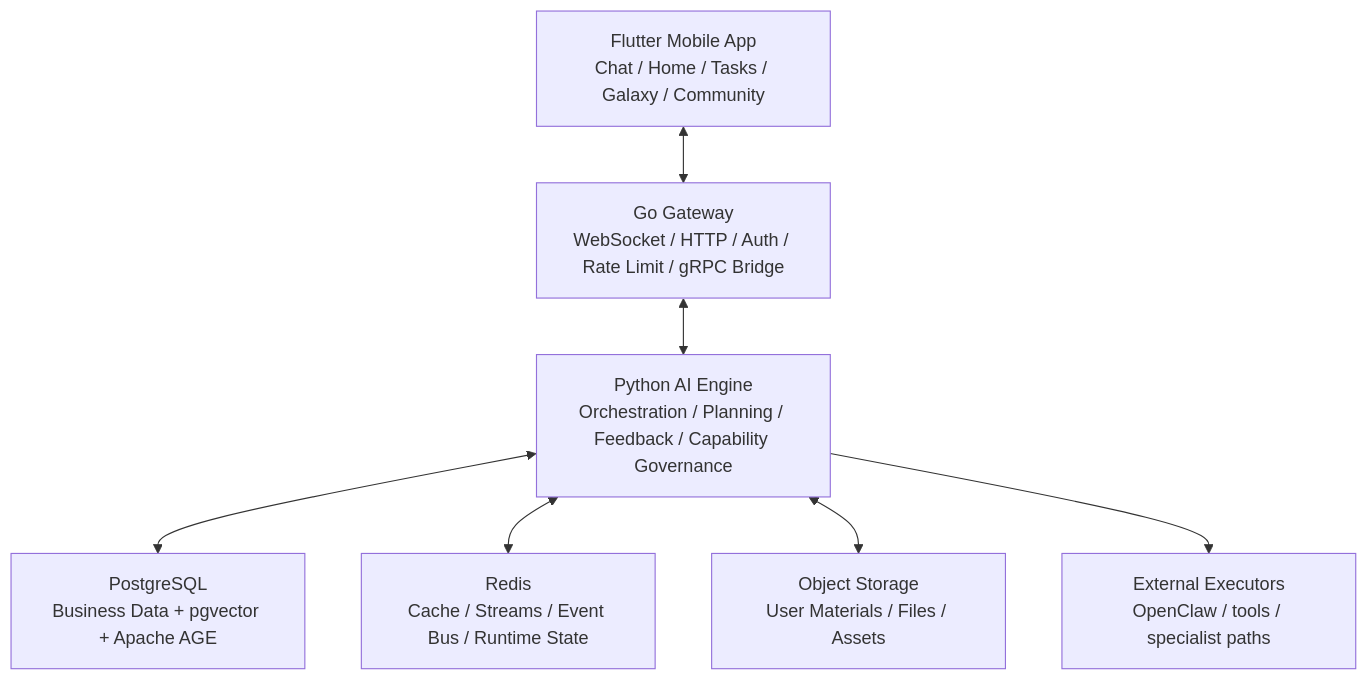
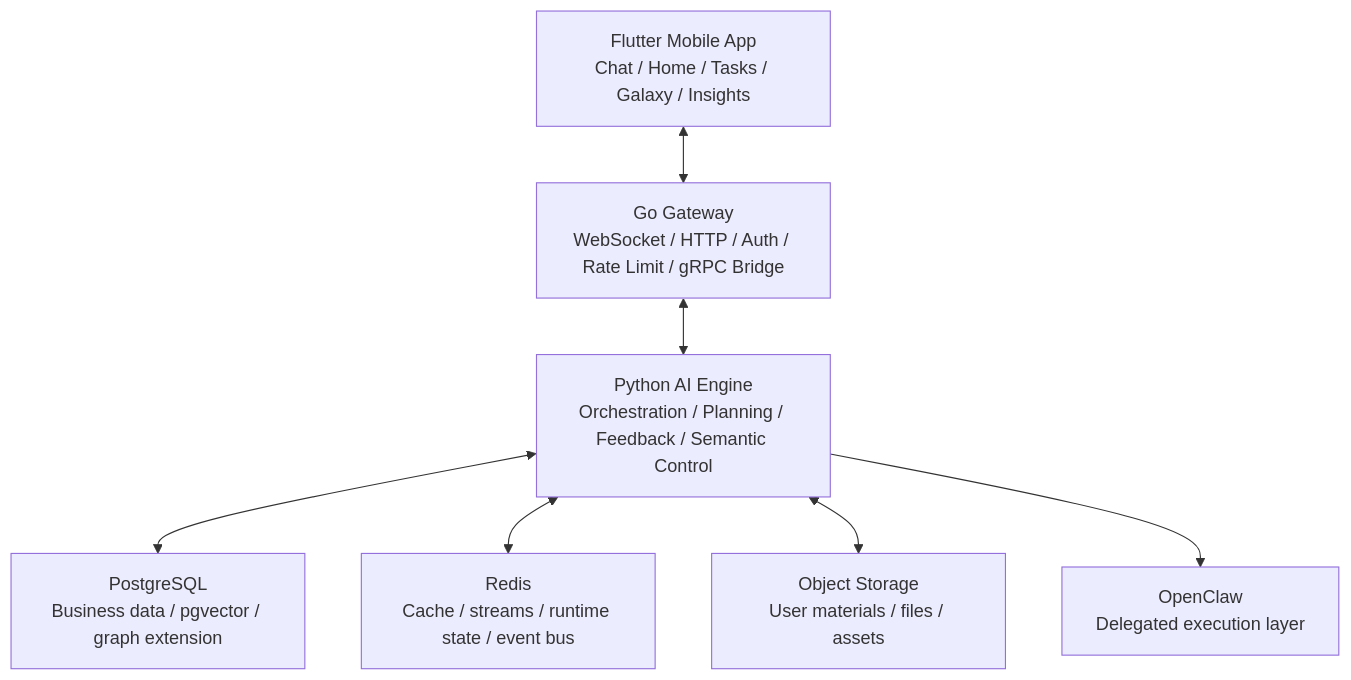
Before and after one commit to BRSAMAyu/Sparkle-project: the first of 2 diagrams in README.md, drawn with Mermaid. The commit also changed other lines of this file and 115 other files, not shown here.

````diff
--- a/README.md
+++ b/README.md
@@ -265,17 +101,17 @@
 ```mermaid
 flowchart TB
     Mobile["Flutter Mobile App
-Chat / Home / Tasks / Galaxy / Community"] <--> Gateway["Go Gateway
+Chat / Home / Tasks / Galaxy / Insights"] <--> Gateway["Go Gateway
 WebSocket / HTTP / Auth / Rate Limit / gRPC Bridge"]
     Gateway <--> Engine["Python AI Engine
-Orchestration / Planning / Feedback / Capability Governance"]
+Orchestration / Planning / Feedback / Semantic Control"]
 
-    Engine <--> Data["PostgreSQL
-Business Data + pgvector + Apache AGE"]
+    Engine <--> Postgres["PostgreSQL
+Business data / pgvector / graph extension"]
     Engine <--> Redis["Redis
-Cache / Streams / Event Bus / Runtime State"]
+Cache / streams / runtime state / event bus"]
     Engine <--> Storage["Object Storage
-User Materials / Files / Assets"]
-    Engine --> Executors["External Executors
-OpenClaw / tools / specialist paths"]
+User materials / files / assets"]
+    Engine --> OpenClaw["OpenClaw
+Delegated execution layer"]
 ```
````
